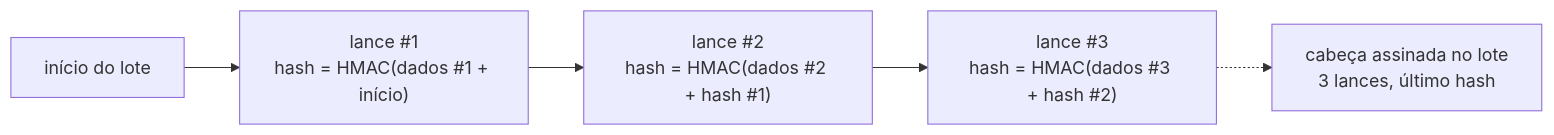
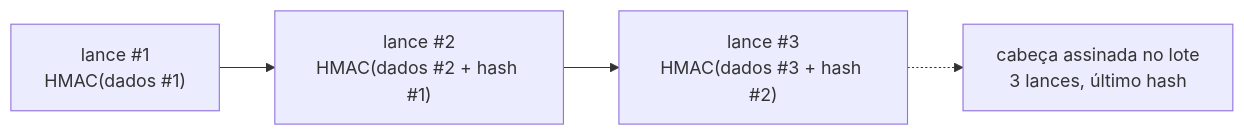
The second of 2 diagrams in README.md (DevPauloV/desafio-leilao), drawn with Mermaid before and after one commit. The commit also changed other lines of this file, not shown here.

````diff
--- a/README.md
+++ b/README.md
@@ -278,7 +123,6 @@
 ```mermaid
 flowchart LR
-  g["início do lote"] --> b1["lance #1<br/>hash = HMAC(dados #1 + início)"]
-  b1 --> b2["lance #2<br/>hash = HMAC(dados #2 + hash #1)"]
-  b2 --> b3["lance #3<br/>hash = HMAC(dados #3 + hash #2)"]
+  b1["lance #1<br/>HMAC(dados #1)"] --> b2["lance #2<br/>HMAC(dados #2 + hash #1)"]
+  b2 --> b3["lance #3<br/>HMAC(dados #3 + hash #2)"]
   b3 -.-> h["cabeça assinada no lote<br/>3 lances, último hash"]
 ```
````
